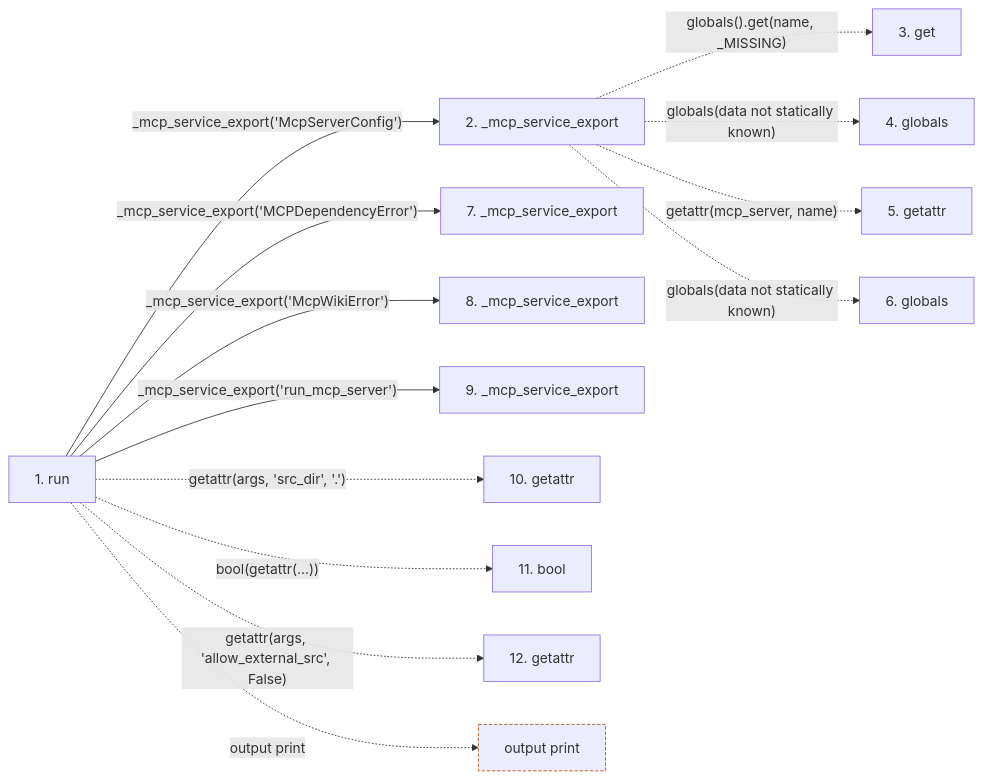
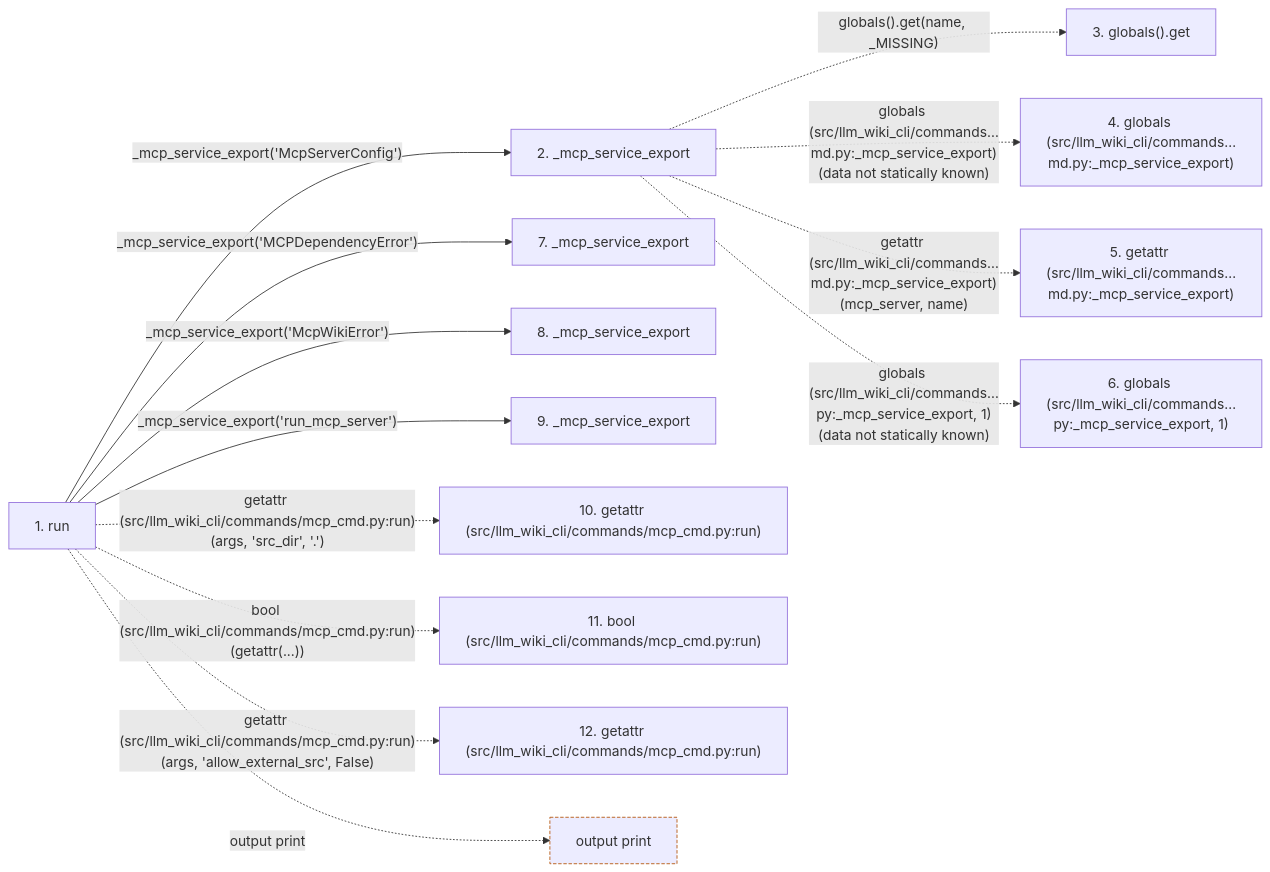
The second of 2 diagrams in docs/llm_wiki/flows/cli-mcp.md (Denissvgn/python-wiki-llm), drawn with Mermaid before and after one commit. The commit also changed other lines of this file and 719 other files, not shown here.

````diff
--- a/docs/llm_wiki/flows/cli-mcp.md
+++ b/docs/llm_wiki/flows/cli-mcp.md
@@ -66,35 +71,35 @@
 ```mermaid
 flowchart LR
     s1["1. run"]
     s2["2. _mcp_service_export"]
-    s3["3. get"]
-    s4["4. globals"]
-    s5["5. getattr"]
-    s6["6. globals"]
+    s3["3. globals().get"]
+    s4["4. globals (src/llm_wiki_cli/commands…md.py:_mcp_service_export)"]
+    s5["5. getattr (src/llm_wiki_cli/commands…md.py:_mcp_service_export)"]
+    s6["6. globals (src/llm_wiki_cli/commands…py:_mcp_service_export, 1)"]
     s7["7. _mcp_service_export"]
     s8["8. _mcp_service_export"]
     s9["9. _mcp_service_export"]
-    s10["10. getattr"]
-    s11["11. bool"]
-    s12["12. getattr"]
+    s10["10. getattr (src/llm_wiki_cli/commands/mcp_cmd.py:run)"]
+    s11["11. bool (src/llm_wiki_cli/commands/mcp_cmd.py:run)"]
+    s12["12. getattr (src/llm_wiki_cli/commands/mcp_cmd.py:run)"]
     s1 -->|"_mcp_service_export('McpServerConfig')"| s2
     s2 -. "globals().get(name, _MISSING)" .-> s3
-    s2 -. "globals(data not statically known)" .-> s4
-    s2 -. "getattr(mcp_server, name)" .-> s5
-    s2 -. "globals(data not statically known)" .-> s6
+    s2 -. "globals (src/llm_wiki_cli/commands…md.py:_mcp_service_export)(data not statically known)" .-> s4
+    s2 -. "getattr (src/llm_wiki_cli/commands…md.py:_mcp_service_export)(mcp_server, name)" .-> s5
+    s2 -. "globals (src/llm_wiki_cli/commands…py:_mcp_service_export, 1)(data not statically known)" .-> s6
     s1 -->|"_mcp_service_export('MCPDependencyError')"| s7
     s1 -->|"_mcp_service_export('McpWikiError')"| s8
     s1 -->|"_mcp_service_export('run_mcp_server')"| s9
-    s1 -. "getattr(args, 'src_dir', '.')" .-> s10
-    s1 -. "bool(getattr(...))" .-> s11
-    s1 -. "getattr(args, 'allow_external_src', False)" .-> s12
+    s1 -. "getattr (src/llm_wiki_cli/commands/mcp_cmd.py:run)(args, 'src_dir', '.')" .-> s10
+    s1 -. "bool (src/llm_wiki_cli/commands/mcp_cmd.py:run)(getattr(...))" .-> s11
+    s1 -. "getattr (src/llm_wiki_cli/commands/mcp_cmd.py:run)(args, 'allow_external_src', False)" .-> s12
     b0["output print"]
     s1 -. "output print" .-> b0
     click s1 "../modules/mcp_cmd.md"
     click s2 "../modules/mcp_cmd.md"
     click s7 "../modules/mcp_cmd.md"
     click s8 "../modules/mcp_cmd.md"
     click s9 "../modules/mcp_cmd.md"
     classDef boundary stroke:#b45309,stroke-dasharray: 4 2
     class b0 boundary
 ```
````
